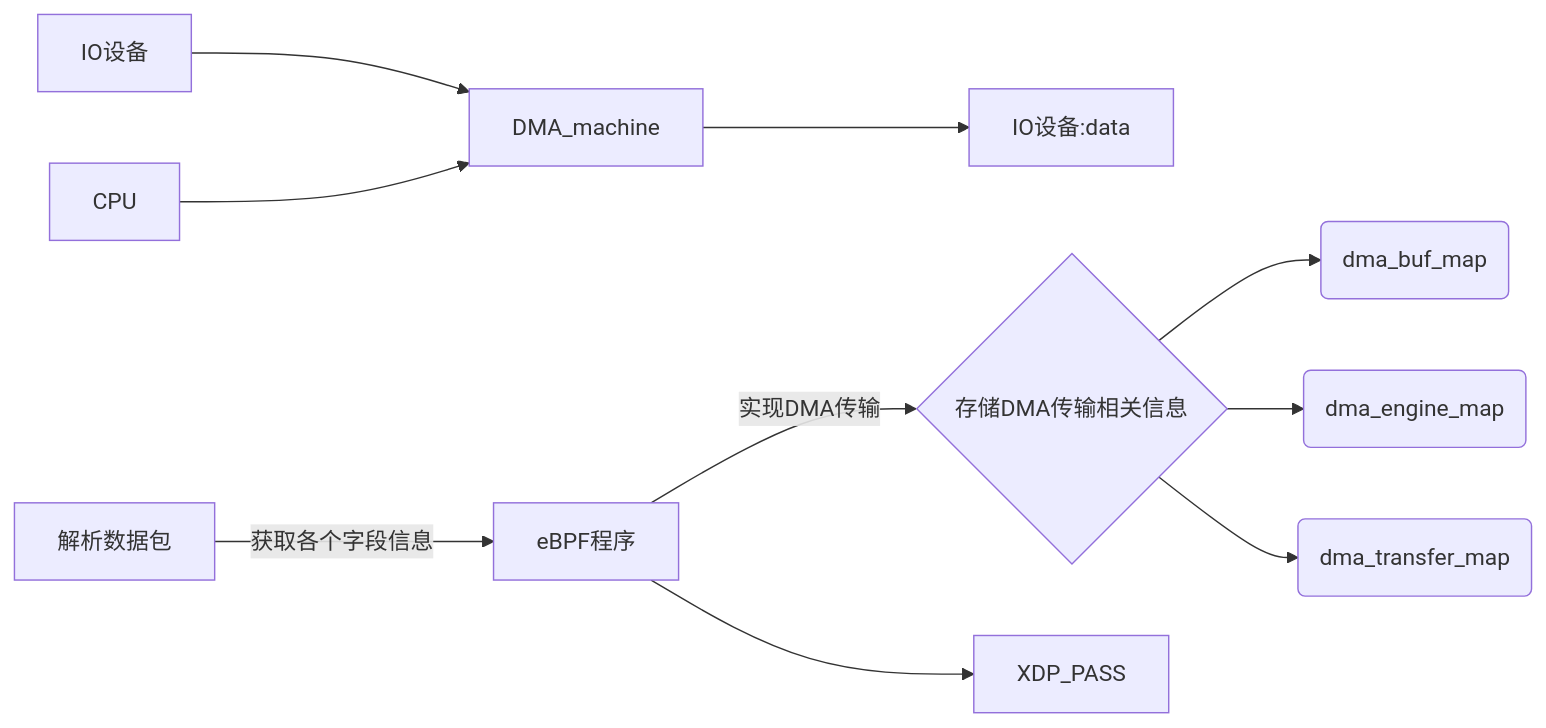
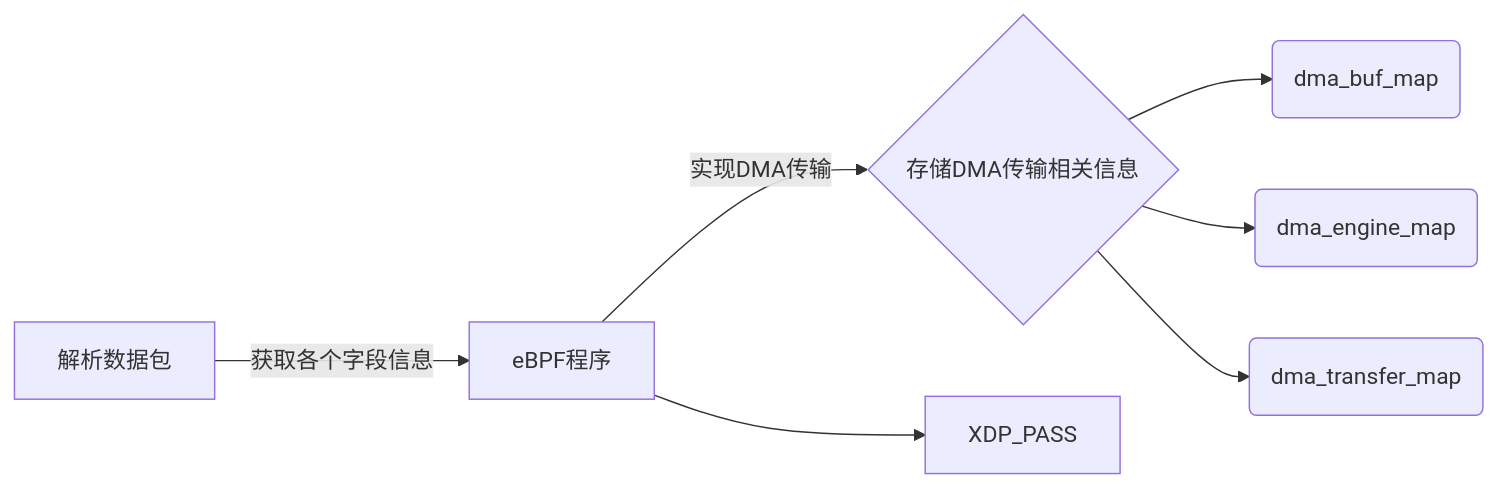
Before and after one commit to OSH-2023/x-FutureWithinBuzzyBees: the fifth of 5 diagrams in docs/可行性分析/Feasibility_lzc.md, drawn with Mermaid. The commit also changed other lines of this file, not shown here.

Commit message:
增加DMA文件IO流程图,修改创新点处一定措辞问题

````diff
--- a/docs/可行性分析/Feasibility_lzc.md
+++ b/docs/可行性分析/Feasibility_lzc.md
@@ -98,12 +135,10 @@
 ```mermaid
     graph LR
-    IO设备 --> DMA_machine
-    CPU --> DMA_machine
-    DMA_machine --> IO设备:data
+    
     A[解析数据包] -- 获取各个字段信息 --> B[eBPF程序]
     B -- 实现DMA传输 --> C{存储DMA传输相关信息}
     C --> D(dma_buf_map)
     C --> E(dma_engine_map)
     C --> F(dma_transfer_map)
     B --> G[XDP_PASS]
 ```
````
